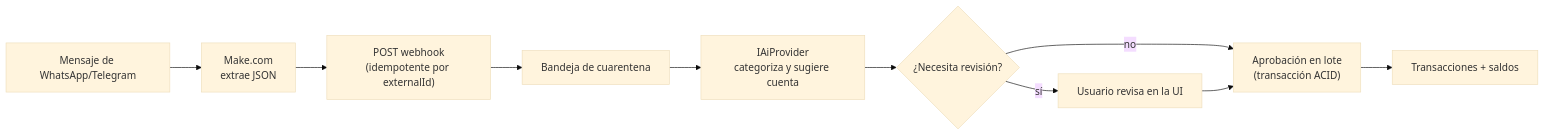
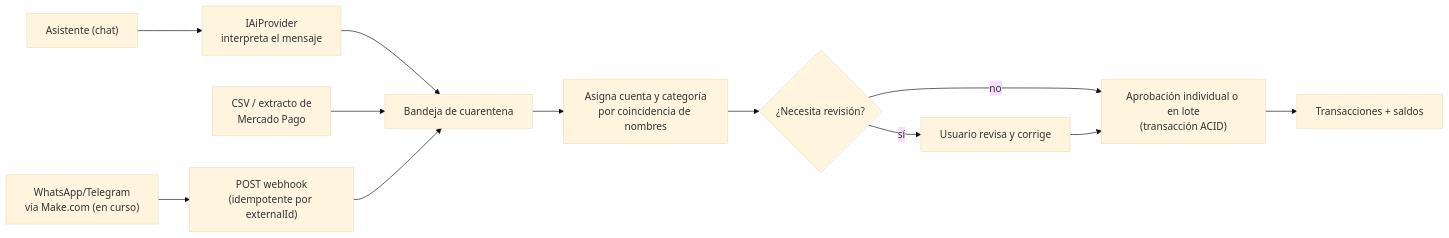
One commit to FelipeValenzuela00/AsistenteFinanciero changed the sixth of 7 diagrams in docs/arquitectura.md. Above: the diagram before and after it, drawn with Mermaid (base theme). The commit also changed other lines of this file and 12 other files, not shown here.

````diff
--- a/docs/arquitectura.md
+++ b/docs/arquitectura.md
@@ -160,12 +158,13 @@
 ```mermaid
 flowchart LR
-    M["Mensaje de WhatsApp/Telegram"] --> MK["Make.com<br/>extrae JSON"]
-    MK --> W["POST webhook<br/>(idempotente por externalId)"]
-    W --> Q["Bandeja de cuarentena"]
-    Q --> IA["IAiProvider<br/>categoriza y sugiere cuenta"]
-    IA --> R{"¿Necesita revisión?"}
-    R -->|sí| U["Usuario revisa en la UI"]
+    CH["Asistente (chat)"] --> IA["IAiProvider<br/>interpreta el mensaje"]
+    IA --> Q["Bandeja de cuarentena"]
+    CSV["CSV / extracto de<br/>Mercado Pago"] --> Q
+    MK["WhatsApp/Telegram<br/>vía Make.com (en curso)"] --> W["POST webhook<br/>(idempotente por externalId)"] --> Q
+    Q --> MT["Asigna cuenta y categoría<br/>por coincidencia de nombres"]
+    MT --> R{"¿Necesita revisión?"}
+    R -->|sí| U["Usuario revisa y corrige"]
     R -->|no| A
-    U --> A["Aprobación en lote<br/>(transacción ACID)"]
+    U --> A["Aprobación individual o en lote<br/>(transacción ACID)"]
     A --> TX["Transacciones + saldos"]
 ```
````
